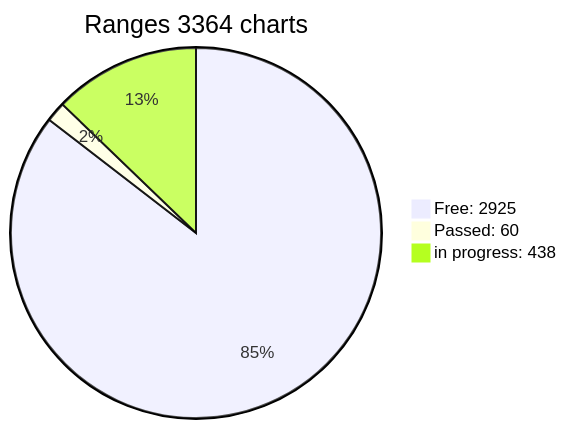
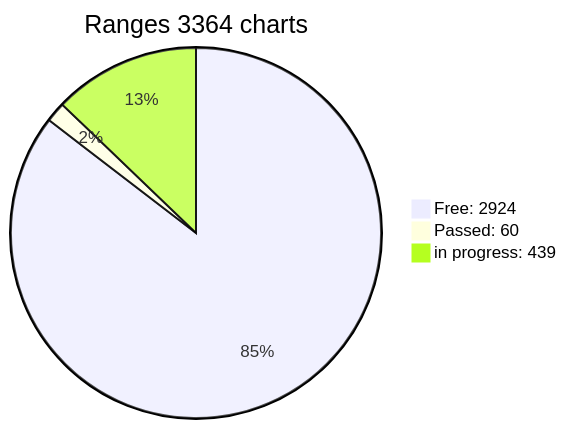
One commit to jonlloner/wif500 changed the diagram in x64/Release/table.md. Above: the diagram before and after it, drawn with Mermaid. The commit also changed other lines of this file, not shown here.

````diff
--- a/x64/Release/table.md
+++ b/x64/Release/table.md
@@ -3,6 +3,6 @@
 ```mermaid
 pie title Ranges 3364 charts
-"Free: 2925" : 2925
+"Free: 2924" : 2924
 "Passed: 60" : 60
-"in progress: 438" : 438
+"in progress: 439" : 439
 ```  
````
